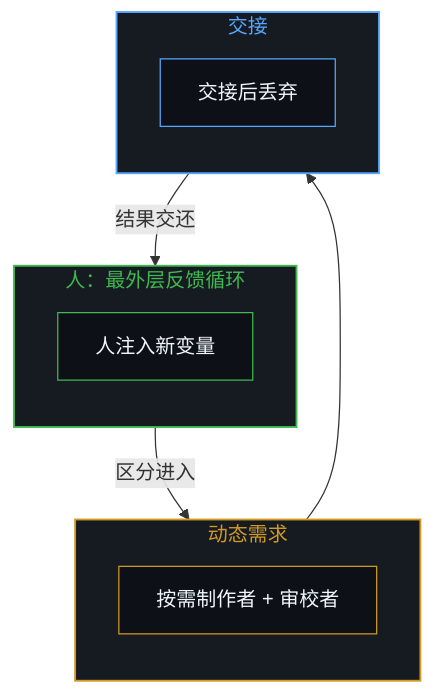
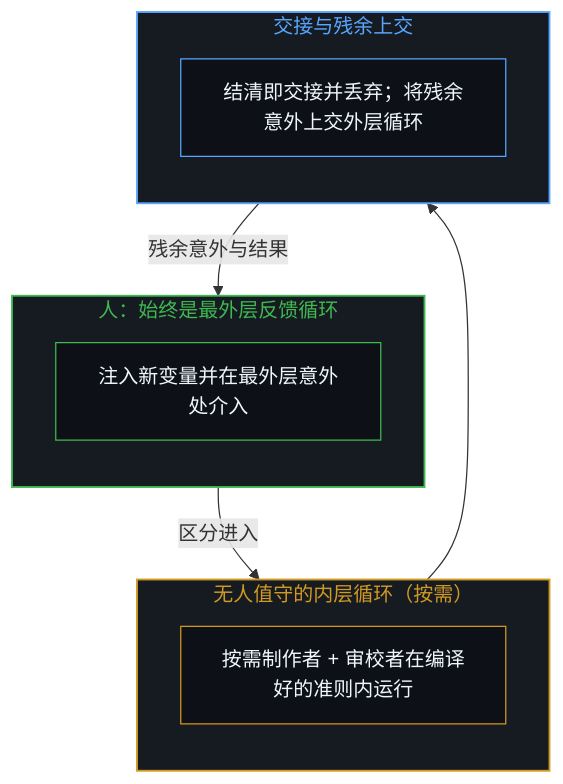
The first of 2 diagrams in content/posts/the-illusion-of-multi-agent-collaboration.md (powerpig99/not-a-toe), drawn with Mermaid before and after one commit. The commit also changed other lines of this file and 1 other file, not shown here.

Commit message:
Refine Section 4 of the-illusion-of-multi-agent-collaboration: human as always the outermost feedback loop and residual surprise escalation

````diff
--- a/content/posts/the-illusion-of-multi-agent-collaboration.md
+++ b/content/posts/the-illusion-of-multi-agent-collaboration.md
@@ -59,23 +59,23 @@
 ```mermaid
 flowchart TD
-    subgraph S_Human["人：最外层反馈循环"]
+    subgraph S_Human["人：始终是最外层反馈循环"]
         direction TB
-        Human["人注入新变量"]
+        Human["注入新变量并在最外层意外处介入"]
     end
-    subgraph S_Demand["动态需求"]
+    subgraph S_Demand["无人值守的内层循环（按需）"]
         direction TB
-        Demand["按需制作者 + 审校者"]
+        Demand["按需制作者 + 审校者在编译好的准则内运行"]
     end
-    subgraph S_Handoff["交接"]
+    subgraph S_Handoff["交接与残余上交"]
         direction TB
-        Handoff["交接后丢弃"]
+        Handoff["结清即交接并丢弃；将残余意外上交外层循环"]
     end
     Human -->|"区分进入"| Demand --> Handoff
-    Handoff -->|"结果交还"| Human
+    Handoff -->|"残余意外与结果"| Human
     style S_Human fill:#161b22,stroke:#3fb950,stroke-width:1.5px,color:#3fb950
     style S_Demand fill:#161b22,stroke:#d29922,stroke-width:1.5px,color:#d29922
     style S_Handoff fill:#161b22,stroke:#58a6ff,stroke-width:1.5px,color:#58a6ff
     style Human fill:#0d1117,stroke:#3fb950,stroke-width:1px,color:#f0f6fc
     style Demand fill:#0d1117,stroke:#d29922,stroke-width:1px,color:#f0f6fc
     style Handoff fill:#0d1117,stroke:#58a6ff,stroke-width:1px,color:#f0f6fc
 ```
````
